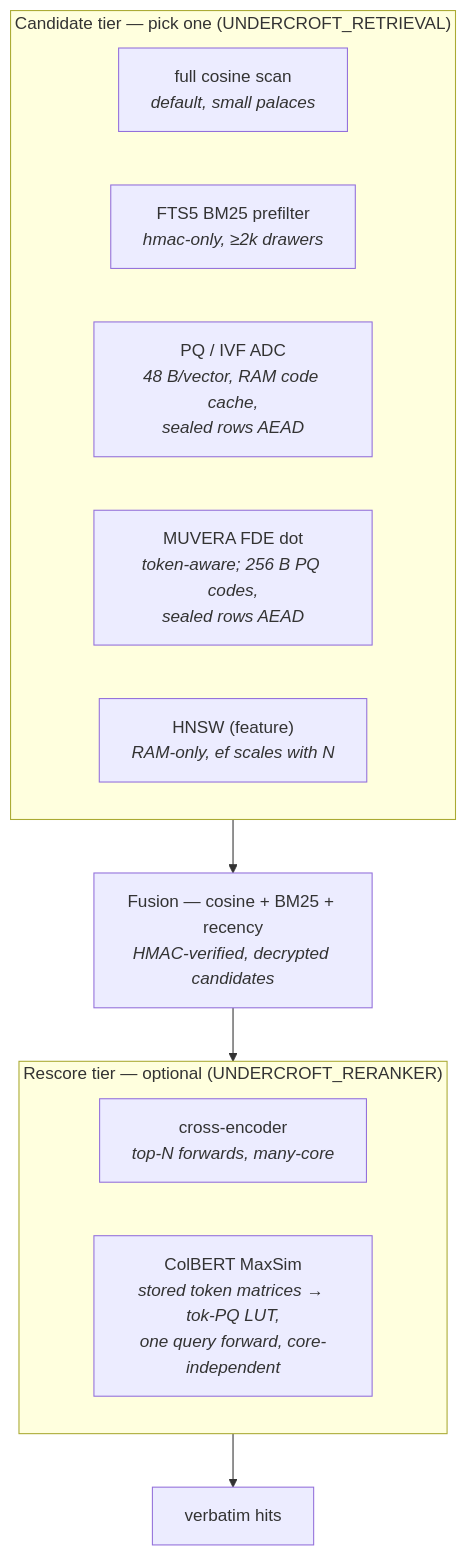
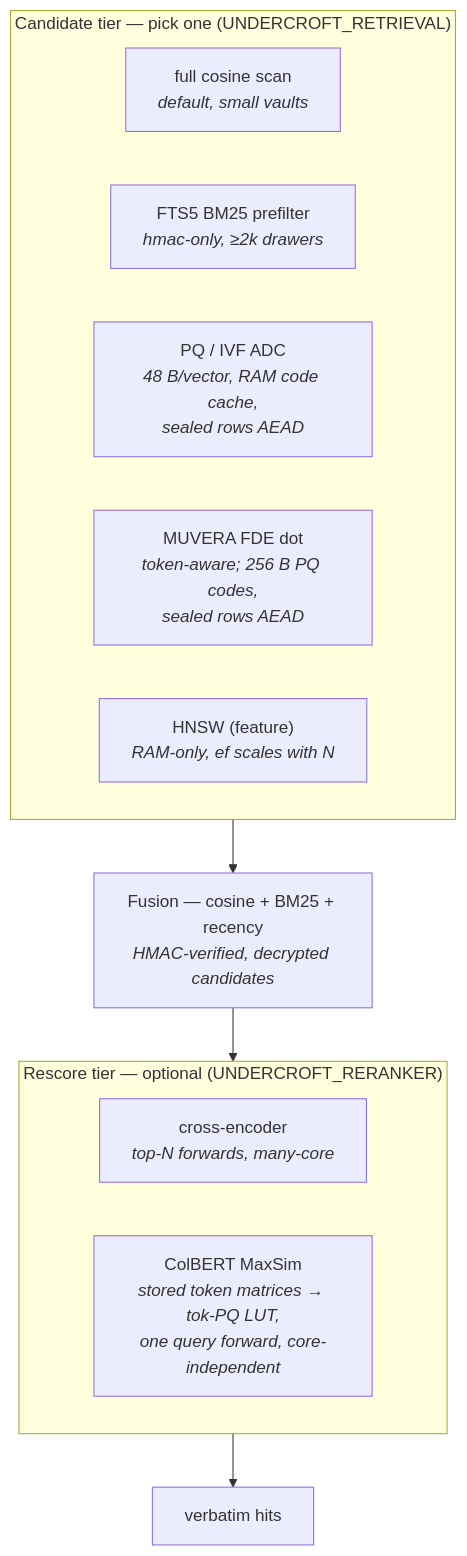
The diagram in website/src/retrieval.md (sealcroft/undercroft), drawn with Mermaid before and after one commit. The commit also changed other lines of this file and 49 other files, not shown here.

````diff
--- a/website/src/retrieval.md
+++ b/website/src/retrieval.md
@@ -22,17 +22,17 @@
 ```mermaid
 flowchart TB
     subgraph c["Candidate tier — pick one (UNDERCROFT_RETRIEVAL)"]
-        scan["full cosine scan<br/><i>default, small palaces</i>"]
+        scan["full cosine scan<br/><i>default, small vaults</i>"]
         ftsx["FTS5 BM25 prefilter<br/><i>hmac-only, ≥2k drawers</i>"]
         pqx["PQ / IVF ADC<br/><i>48 B/vector, RAM code cache,<br/>sealed rows AEAD</i>"]
         fdex["MUVERA FDE dot<br/><i>token-aware; 256 B PQ codes,<br/>sealed rows AEAD</i>"]
         hnswx["HNSW (feature)<br/><i>RAM-only, ef scales with N</i>"]
     end
     c --> fusion["Fusion — cosine + BM25 + recency<br/><i>HMAC-verified, decrypted candidates</i>"]
     fusion --> r
     subgraph r["Rescore tier — optional (UNDERCROFT_RERANKER)"]
         cex["cross-encoder<br/><i>top-N forwards, many-core</i>"]
         msx["ColBERT MaxSim<br/><i>stored token matrices → tok-PQ LUT,<br/>one query forward, core-independent</i>"]
     end
     r --> hits["verbatim hits"]
 ```
````
